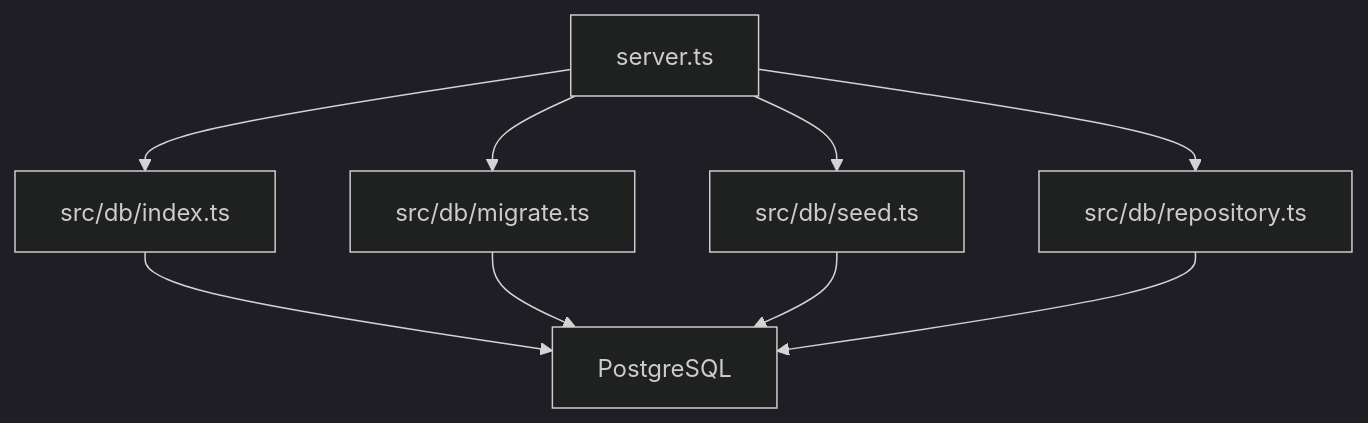
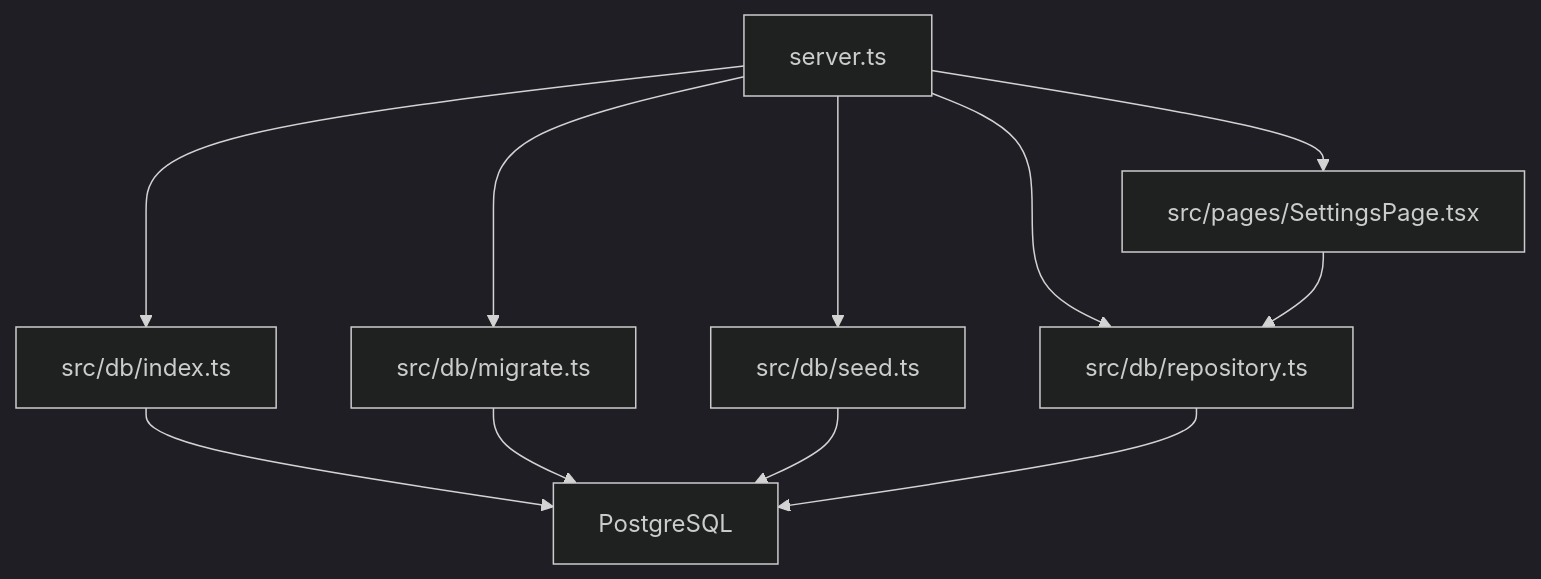
The first of 6 diagrams in .qoder/repowiki/en/content/System Architecture/Database Architecture/Migrations and Backup Procedures.md (djahasiel101600/archivehub), drawn with Mermaid (dark theme) before and after one commit. The commit also changed other lines of this file and 48 other files, not shown here.

````diff
--- a/.qoder/repowiki/en/content/System Architecture/Database Architecture/Migrations and Backup Procedures.md
+++ b/.qoder/repowiki/en/content/System Architecture/Database Architecture/Migrations and Backup Procedures.md
@@ -39,11 +48,13 @@
 ```mermaid
 graph TB
 A["server.ts"] --> B["src/db/index.ts"]
 A --> C["src/db/migrate.ts"]
 A --> D["src/db/seed.ts"]
 A --> E["src/db/repository.ts"]
-B --> F["PostgreSQL"]
-C --> F
-D --> F
-E --> F
+A --> F["src/pages/SettingsPage.tsx"]
+B --> G["PostgreSQL"]
+C --> G
+D --> G
+E --> G
+F --> E
 ```
````
